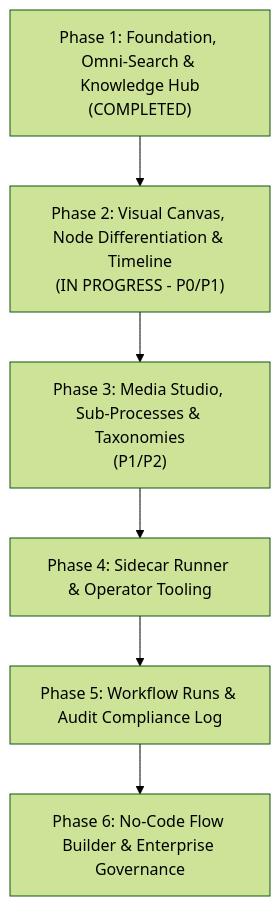
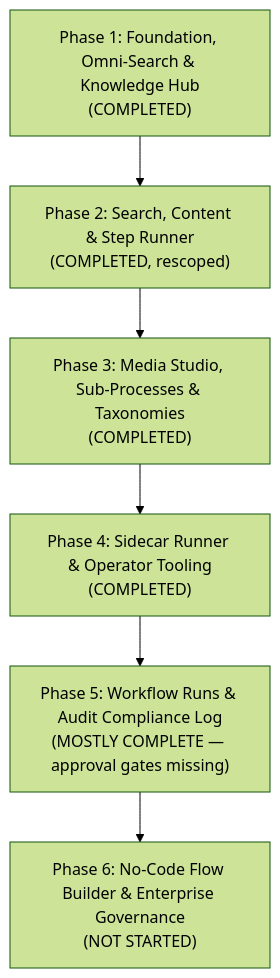
One commit to javadderoom/fanavari changed the diagram in docs/ROADMAP_AND_PHASING.md. Above: the diagram before and after it, drawn with Mermaid (forest theme). The commit also changed other lines of this file and 2 other files, not shown here.

Commit message:
docs: sync roadmap, spec, and competitive analysis with current state

````diff
--- a/docs/ROADMAP_AND_PHASING.md
+++ b/docs/ROADMAP_AND_PHASING.md
@@ -6,8 +6,8 @@
 ```mermaid
 flowchart TD
-    P1["Phase 1: Foundation, Omni-Search & Knowledge Hub<br/>(COMPLETED)"] --> P2["Phase 2: Visual Canvas, Node Differentiation & Timeline<br/>(IN PROGRESS - P0/P1)"]
-    P2 --> P3["Phase 3: Media Studio, Sub-Processes & Taxonomies<br/>(P1/P2)"]
-    P3 --> P4["Phase 4: Sidecar Runner & Operator Tooling"]
-    P4 --> P5["Phase 5: Workflow Runs & Audit Compliance Log"]
-    P5 --> P6["Phase 6: No-Code Flow Builder & Enterprise Governance"]
+    P1["Phase 1: Foundation, Omni-Search & Knowledge Hub<br/>(COMPLETED)"] --> P2["Phase 2: Search, Content & Step Runner<br/>(COMPLETED, rescoped)"]
+    P2 --> P3["Phase 3: Media Studio, Sub-Processes & Taxonomies<br/>(COMPLETED)"]
+    P3 --> P4["Phase 4: Sidecar Runner & Operator Tooling<br/>(COMPLETED)"]
+    P4 --> P5["Phase 5: Workflow Runs & Audit Compliance Log<br/>(MOSTLY COMPLETE — approval gates missing)"]
+    P5 --> P6["Phase 6: No-Code Flow Builder & Enterprise Governance<br/>(NOT STARTED)"]
 ```
````
